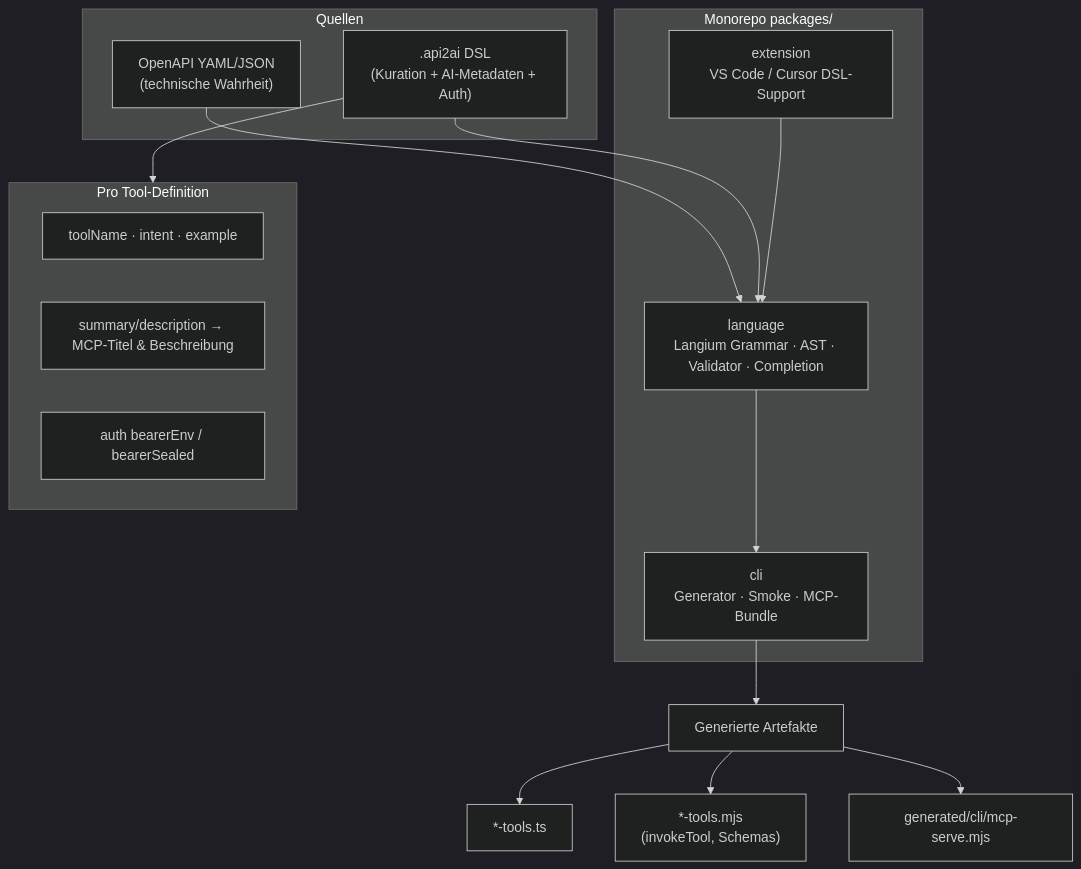
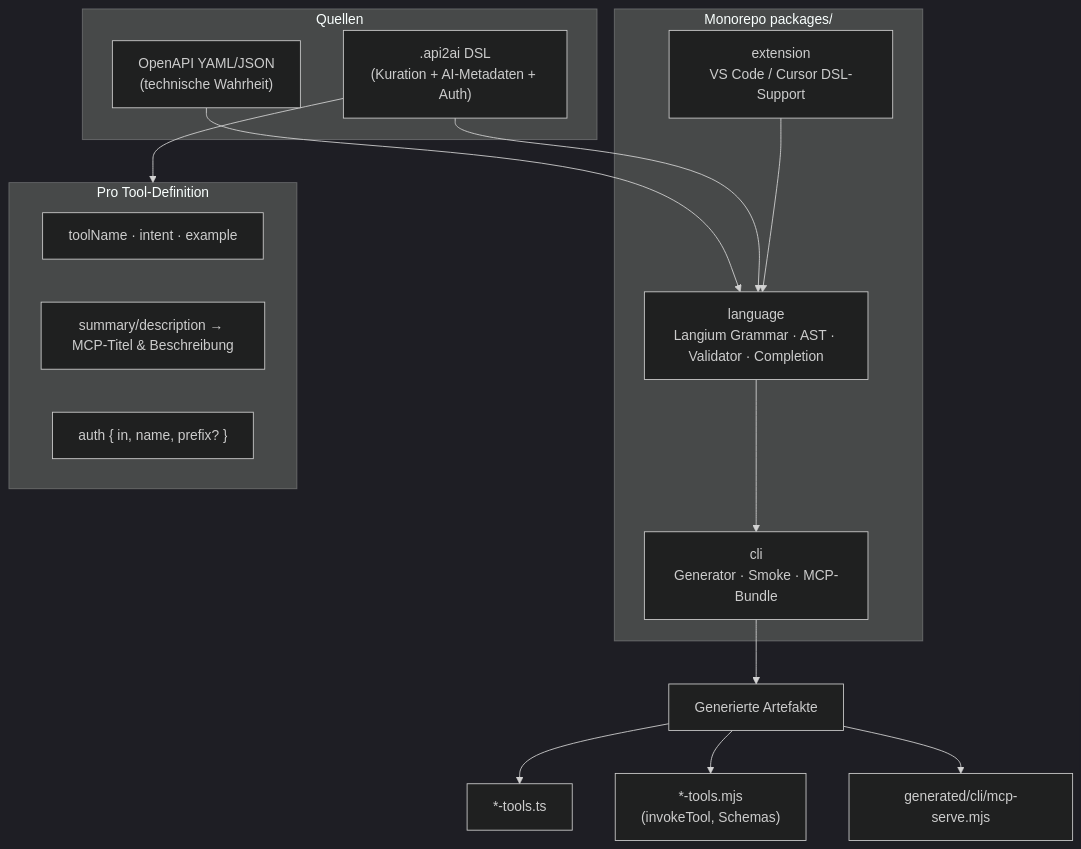
The diagram in docs/images/01-dsl-build.mmd (annettedorothea/api2ai), drawn with Mermaid (dark theme) before and after one commit. The commit also changed 47 other files, not shown here.

```diff
--- a/docs/images/01-dsl-build.mmd
+++ b/docs/images/01-dsl-build.mmd
@@ -1,28 +1,28 @@
 flowchart TB
   subgraph sources["Quellen"]
     OAS["OpenAPI YAML/JSON<br/>(technische Wahrheit)"]
     DSL[".api2ai DSL<br/>(Kuration + AI-Metadaten + Auth)"]
   end
 
   subgraph packages["Monorepo packages/"]
     LANG["language<br/>Langium Grammar · AST · Validator · Completion"]
     CLI["cli<br/>Generator · Smoke · MCP-Bundle"]
     EXT["extension<br/>VS Code / Cursor DSL-Support"]
   end
 
   OAS --> LANG
   DSL --> LANG
   LANG --> CLI
   EXT --> LANG
 
   CLI --> GEN["Generierte Artefakte"]
   GEN --> TS["*-tools.ts"]
   GEN --> MJS["*-tools.mjs<br/>(invokeTool, Schemas)"]
   GEN --> MCPCLI["generated/cli/mcp-serve.mjs"]
 
   subgraph meta["Pro Tool-Definition"]
     M1["toolName · intent · example"]
     M2["summary/description → MCP-Titel & Beschreibung"]
-    M3["auth bearerEnv / bearerSealed"]
+    M3["auth { in, name, prefix? }"]
   end
   DSL --> meta
```
